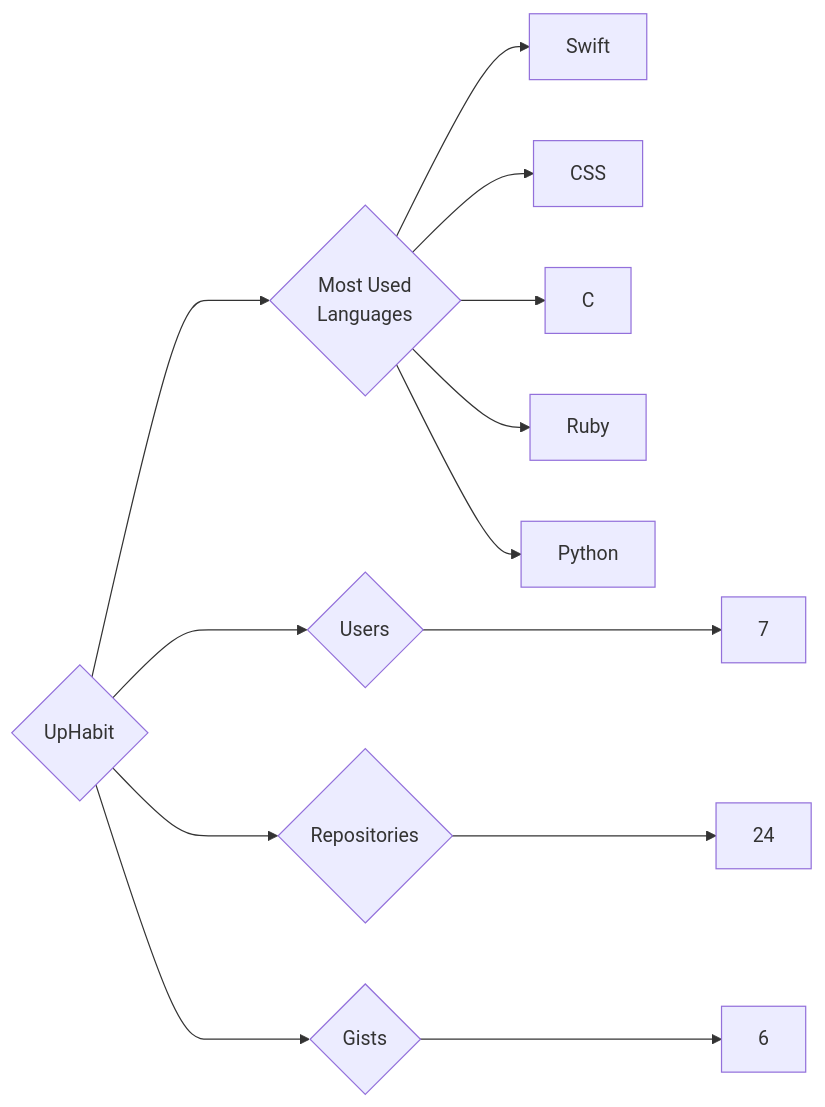
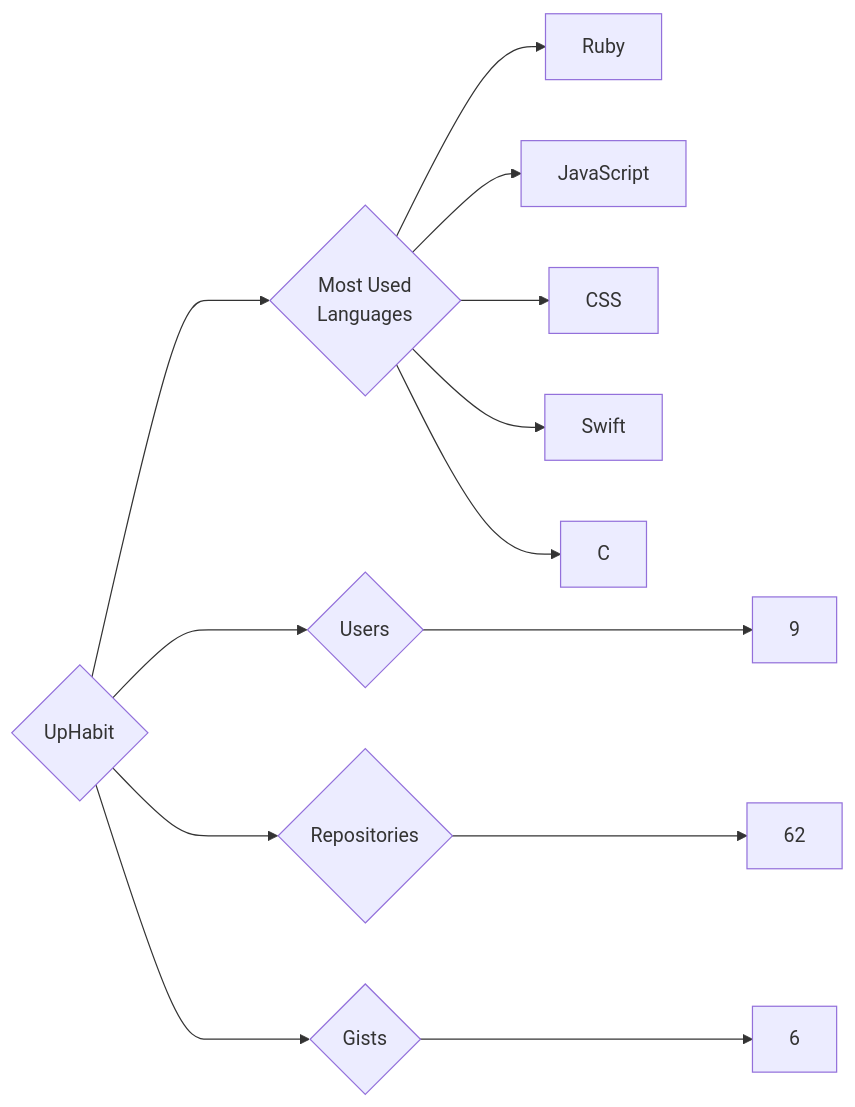
The diagram in targets/UpHabit/README.md (trickest/insiders), drawn with Mermaid before and after one commit. The commit also changed 1248 other files, not shown here.

````diff
--- a/targets/UpHabit/README.md
+++ b/targets/UpHabit/README.md
@@ -3,13 +3,13 @@
 ```mermaid
 graph LR
 COMPANY_NAME{UpHabit}
-COMPANY_NAME ---> U{Users} ---> UN[7]
-COMPANY_NAME ---> R{Repositories} ---> RN[24]
+COMPANY_NAME ---> U{Users} ---> UN[9]
+COMPANY_NAME ---> R{Repositories} ---> RN[62]
 COMPANY_NAME ---> G{Gists} ---> GN[6]
 COMPANY_NAME ---> ML{Most Used<br>Languages}
+ML --> Ruby[Ruby]
+ML --> JavaScript[JavaScript]
+ML --> CSS[CSS]
 ML --> Swift[Swift]
-ML --> CSS[CSS]
 ML --> C[C]
-ML --> Ruby[Ruby]
-ML --> Python[Python]
 ```
````
